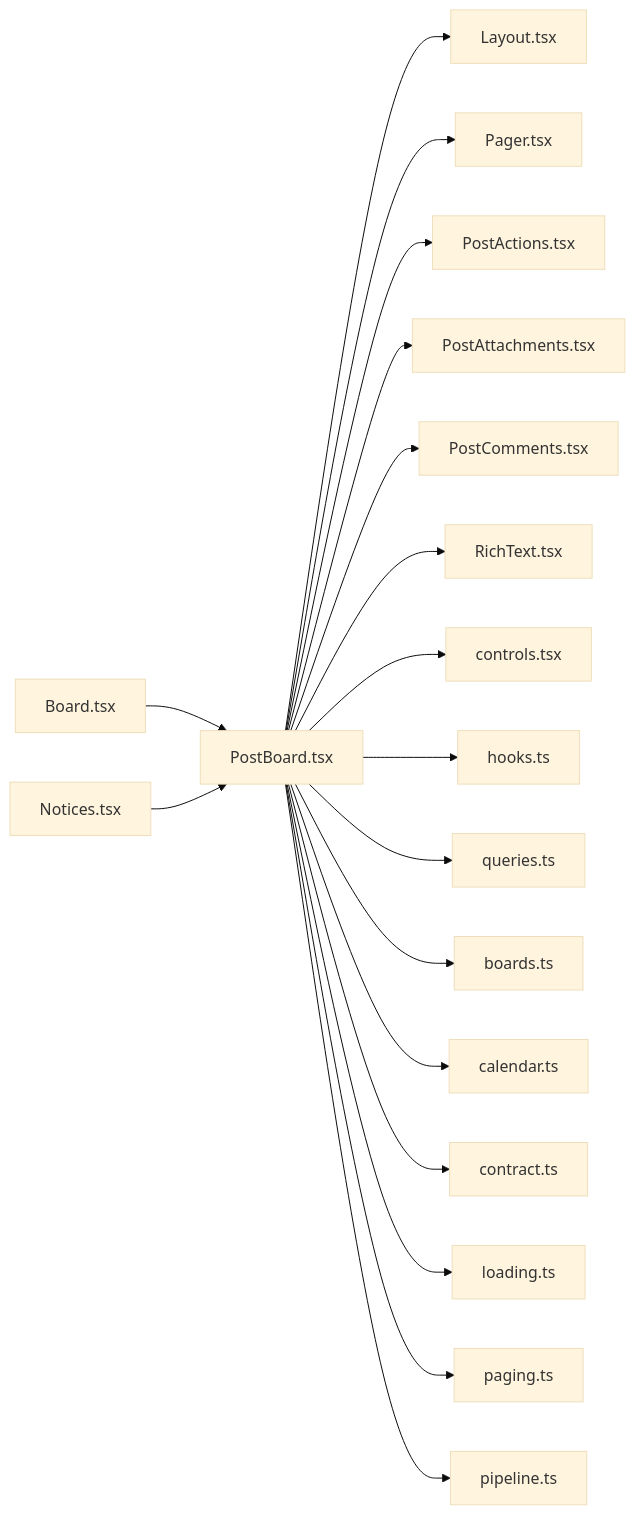
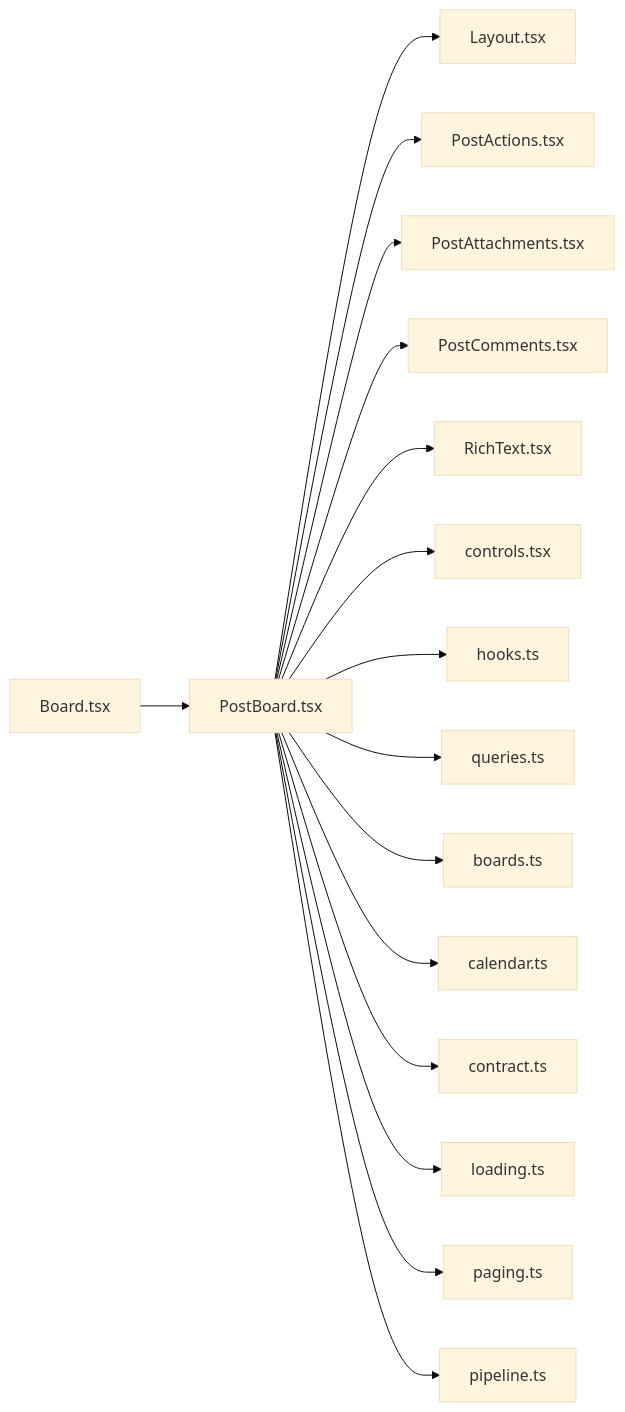
The diagram in .cluedoc/graph/frontend/src/components/PostBoard.md (minkong-dev/Banblit), drawn with Mermaid (base theme) before and after one commit. The commit also changed other lines of this file and 78 other files, not shown here.

Commit message:
frontend: merge single-function files into Board, Profile, Search, controls, loading and pipeline

````diff
--- a/.cluedoc/graph/frontend/src/components/PostBoard.md
+++ b/.cluedoc/graph/frontend/src/components/PostBoard.md
@@ -10,21 +10,19 @@
 ```mermaid
 flowchart LR
   frontend_src_components_PostBoard["PostBoard.tsx"]
   frontend_src_components_PostBoard --> frontend_src_components_Layout["Layout.tsx"]
-  frontend_src_components_PostBoard --> frontend_src_components_Pager["Pager.tsx"]
   frontend_src_components_PostBoard --> frontend_src_components_PostActions["PostActions.tsx"]
   frontend_src_components_PostBoard --> frontend_src_components_PostAttachments["PostAttachments.tsx"]
   frontend_src_components_PostBoard --> frontend_src_components_PostComments["PostComments.tsx"]
   frontend_src_components_PostBoard --> frontend_src_components_RichText["RichText.tsx"]
   frontend_src_components_PostBoard --> frontend_src_components_controls["controls.tsx"]
   frontend_src_components_PostBoard --> frontend_src_components_hooks["hooks.ts"]
   frontend_src_components_PostBoard --> frontend_src_components_queries["queries.ts"]
   frontend_src_components_PostBoard --> frontend_src_lib_boards["boards.ts"]
   frontend_src_components_PostBoard --> frontend_src_lib_calendar["calendar.ts"]
   frontend_src_components_PostBoard --> frontend_src_lib_contract["contract.ts"]
   frontend_src_components_PostBoard --> frontend_src_lib_loading["loading.ts"]
   frontend_src_components_PostBoard --> frontend_src_lib_paging["paging.ts"]
   frontend_src_components_PostBoard --> frontend_src_lib_pipeline["pipeline.ts"]
   frontend_src_routes_Board["Board.tsx"] --> frontend_src_components_PostBoard
-  frontend_src_routes_Notices["Notices.tsx"] --> frontend_src_components_PostBoard
 ```
````
